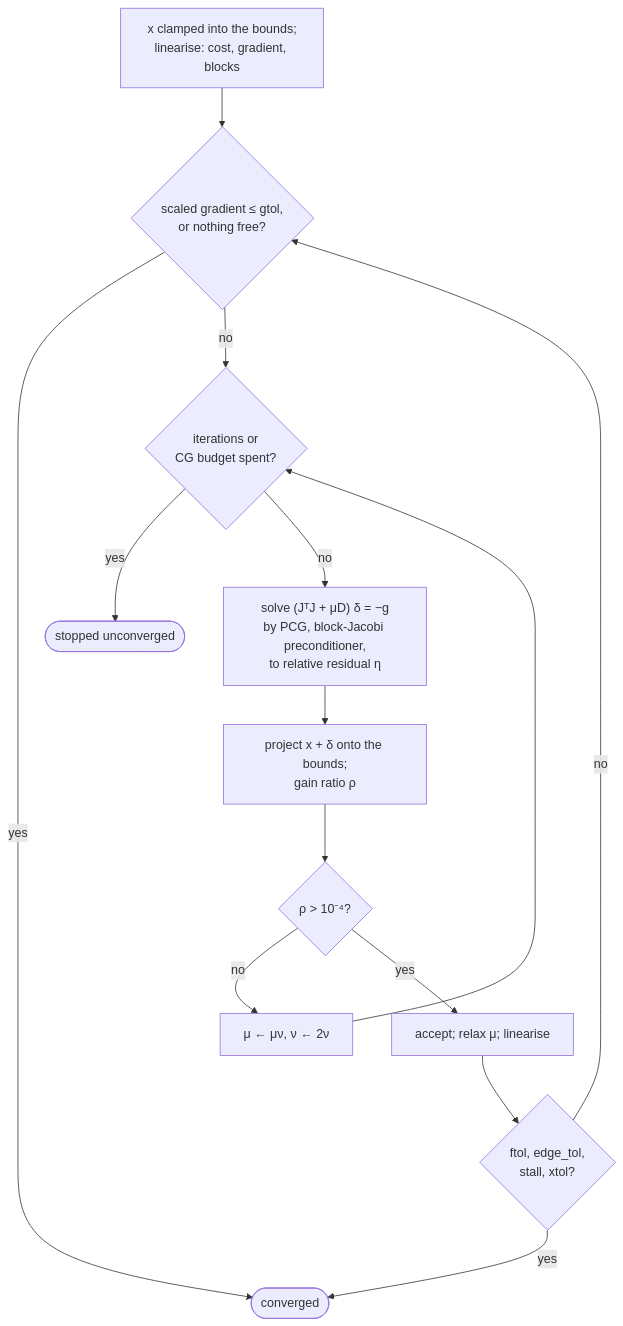
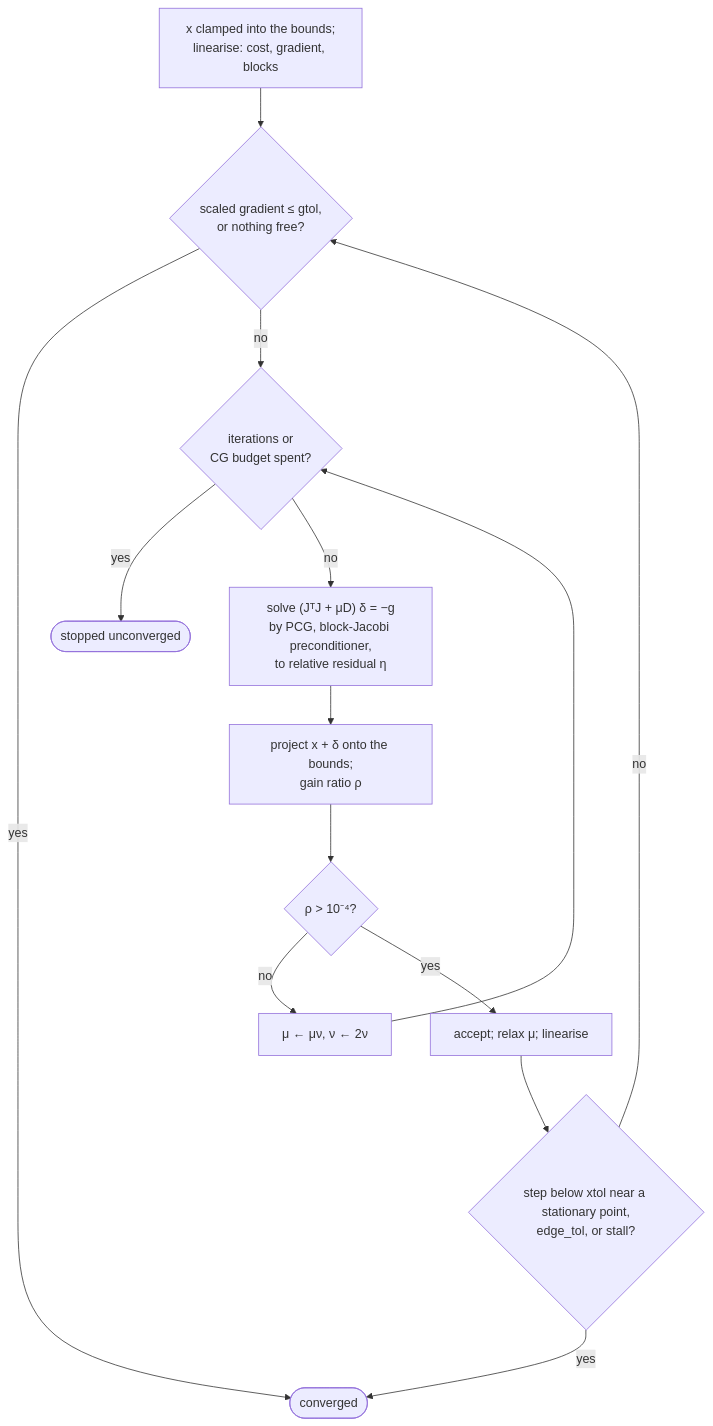
One commit to njneeteson/cortical-bone-mapping-rs changed the fourth of 6 diagrams in docs/architecture.md. Above: the diagram before and after it, drawn with Mermaid. The commit also changed other lines of this file and 30 other files, not shown here.

````diff
--- a/docs/architecture.md
+++ b/docs/architecture.md
@@ -159,23 +159,23 @@
 ```mermaid
 flowchart TB
     start["x clamped into the bounds;<br/>linearise: cost, gradient, blocks"]
     test{"scaled gradient ≤ gtol,<br/>or nothing free?"}
     pcg["solve (JᵀJ + μD) δ = −g<br/>by PCG, block-Jacobi preconditioner,<br/>to relative residual η"]
     proj["project x + δ onto the bounds;<br/>gain ratio ρ"]
     acc{"ρ > 10⁻⁴?"}
     damp["μ ← μν, ν ← 2ν"]
     accept["accept; relax μ; linearise"]
-    stop{"ftol, edge_tol,<br/>stall, xtol?"}
+    stop{"step below xtol near a stationary point,<br/>edge_tol, or stall?"}
     budget{"iterations or<br/>CG budget spent?"}
     done(["converged"])
     unconv(["stopped unconverged"])
     start --> test
     test -->|yes| done
     test -->|no| budget
     budget -->|yes| unconv
     budget -->|no| pcg --> proj --> acc
     acc -->|no| damp --> budget
     acc -->|yes| accept --> stop
     stop -->|yes| done
     stop -->|no| test
 ```
````
